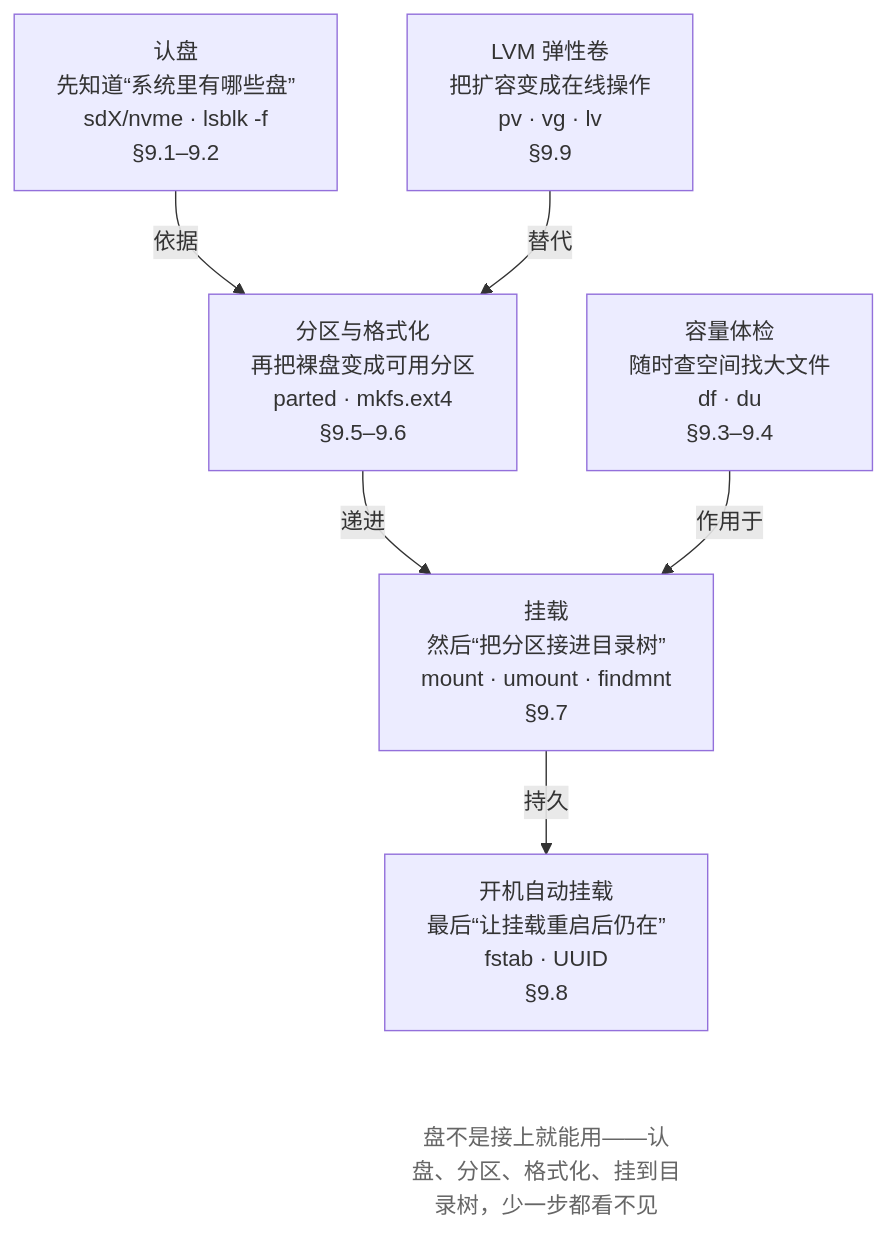
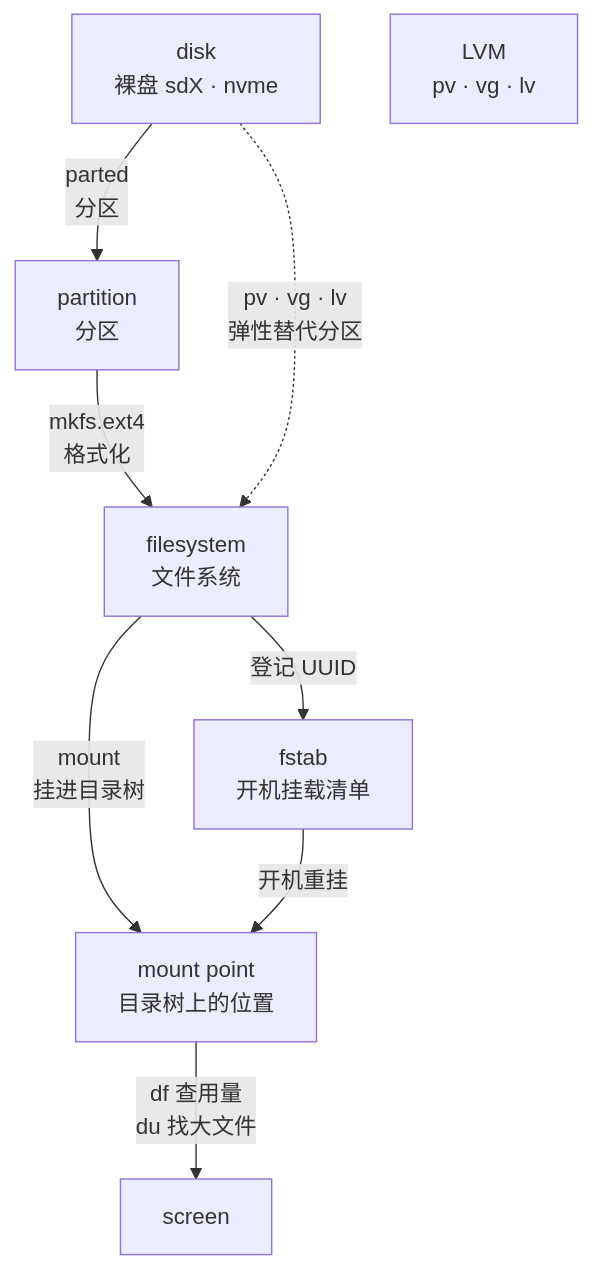
One commit to wangxiangnan/wangxiangnan.github.io changed the first of 3 diagrams in src/linux-command/ch09.md. Above: the diagram before and after it, drawn with Mermaid. The commit also changed other lines of this file and 15 other files, not shown here.

````diff
--- a/src/linux-command/ch09.md
+++ b/src/linux-command/ch09.md
@@ -14,20 +14,17 @@
 ```mermaid
 flowchart TB
-    A["认盘<br>先知道“系统里有哪些盘”<br>sdX/nvme · lsblk -f<br>§9.1–9.2"]
-    B["分区与格式化<br>再把裸盘变成可用分区<br>parted · mkfs.ext4<br>§9.5–9.6"]
-    C["LVM 弹性卷<br>把扩容变成在线操作<br>pv · vg · lv<br>§9.9"]
-    D["挂载<br>然后“把分区接进目录树”<br>mount · umount · findmnt<br>§9.7"]
-    E["容量体检<br>随时查空间找大文件<br>df · du<br>§9.3–9.4"]
-    F["开机自动挂载<br>最后“让挂载重启后仍在”<br>fstab · UUID<br>§9.8"]
-    NOTE["盘不是接上就能用——认盘、分区、格式化、挂到目录树，少一步都看不见"]
-
-    A -->|依据| B
-    B -->|递进| D
-    D -->|持久| F
-    C -->|替代| B
-    E -->|作用于| D
-    F ~~~ NOTE
-
-    classDef note fill:none,stroke:none,color:#666
-    class NOTE note
+    D["disk<br>裸盘 sdX · nvme"]
+    P["partition<br>分区"]
+    FS["filesystem<br>文件系统"]
+    M["mount point<br>目录树上的位置"]
+    FSTAB["fstab<br>开机挂载清单"]
+    LVM["LVM<br>pv · vg · lv"]
+    S["screen"]
+    D -->|"parted<br>分区"| P
+    P -->|"mkfs.ext4<br>格式化"| FS
+    FS -->|"mount<br>挂进目录树"| M
+    FS -->|"登记 UUID"| FSTAB
+    FSTAB -->|"开机重挂"| M
+    D -.->|"pv · vg · lv<br>弹性替代分区"| FS
+    M -->|"df 查用量<br>du 找大文件"| S
 ```
````
